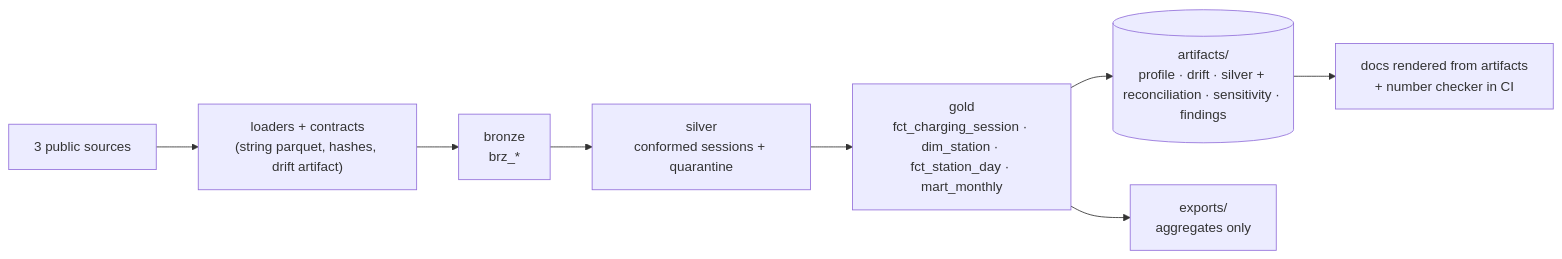
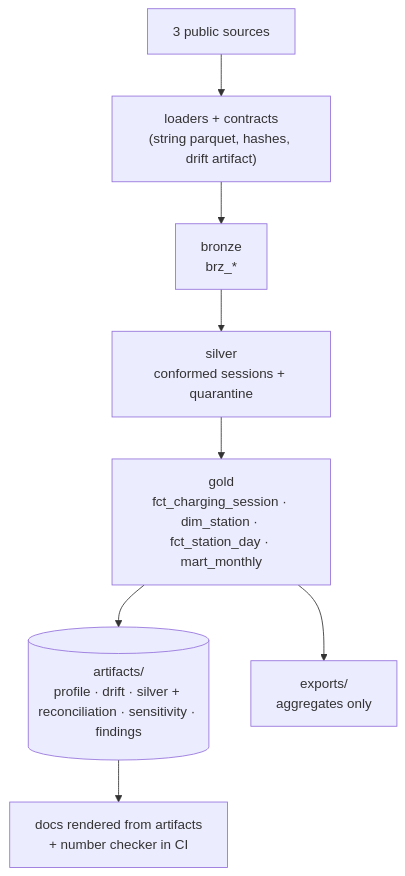
Before and after one commit to cbratkovics/ev-charging-data-unified-schema: the diagram in README.md, drawn with Mermaid.

Commit message:
fix(docs): update README.md Mermaid diagram to flowchart TB for visibility.

````diff
--- a/README.md
+++ b/README.md
@@ -36,10 +36,10 @@
 ```mermaid
-flowchart LR
+flowchart TB
   S["3 public sources"] --> L["loaders + contracts<br/>(string parquet, hashes, drift artifact)"]
   L --> B["bronze<br/>brz_*"]
   B --> V["silver<br/>conformed sessions + quarantine"]
   V --> G["gold<br/>fct_charging_session · dim_station · fct_station_day · mart_monthly"]
   G --> A[("artifacts/<br/>profile · drift · silver + reconciliation · sensitivity · findings")]
   G --> X["exports/<br/>aggregates only"]
   A --> D["docs rendered from artifacts<br/>+ number checker in CI"]
 ```
````
